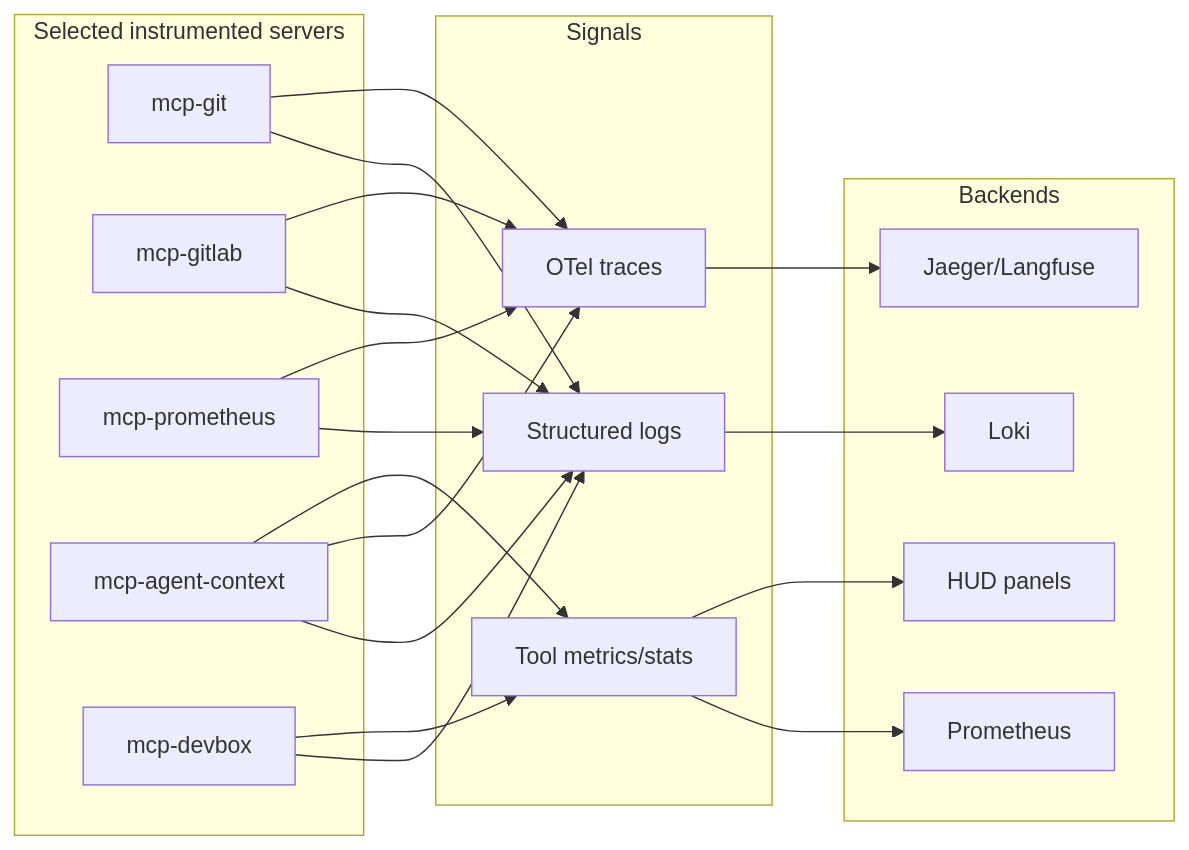
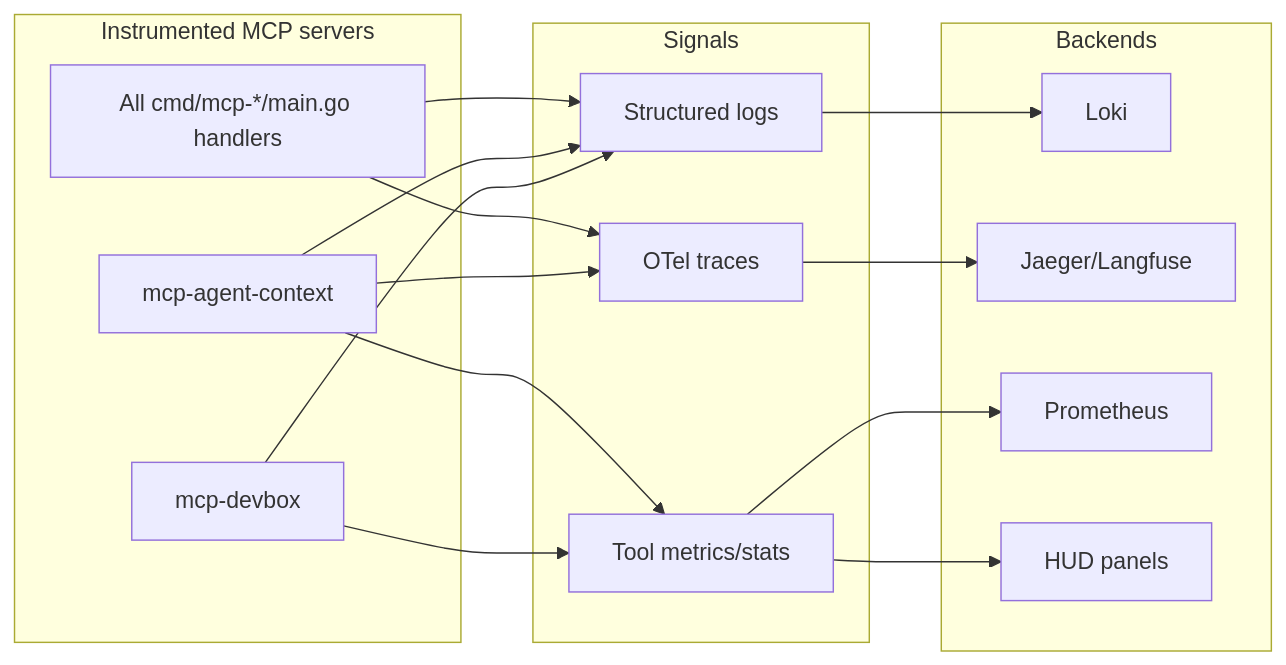
The fifth of 5 diagrams in docs/ARCHITECTURE.md (crb2nu/loom-core), drawn with Mermaid before and after one commit. The commit also changed other lines of this file and 4162 other files, not shown here.

First line of the commit message:
sync: mirror current GitLab state (2026-08-14)

````diff
--- a/docs/ARCHITECTURE.md
+++ b/docs/ARCHITECTURE.md
@@ -171,28 +171,26 @@
 ```mermaid
 flowchart LR
-  subgraph Servers[Selected instrumented servers]
-    Git[mcp-git]
-    GitLab[mcp-gitlab]
-    Prom[mcp-prometheus]
+  subgraph Servers[Instrumented MCP servers]
+    MCP[All cmd/mcp-*/main.go handlers]
     AgentContext[mcp-agent-context]
     Devbox[mcp-devbox]
   end
 
   subgraph Signals
     Logs[Structured logs]
     Traces[OTel traces]
     Stats[Tool metrics/stats]
   end
 
   subgraph Backends
     Loki[Loki]
     Jaeger[Jaeger/Langfuse]
     Prometheus[Prometheus]
     HUD[HUD panels]
   end
 
-  Git & GitLab & Prom & AgentContext & Devbox --> Logs --> Loki
-  Git & GitLab & Prom & AgentContext --> Traces --> Jaeger
+  MCP & AgentContext & Devbox --> Logs --> Loki
+  MCP & AgentContext --> Traces --> Jaeger
   AgentContext --> Stats --> Prometheus
   Devbox --> Stats --> HUD
 ```
````
